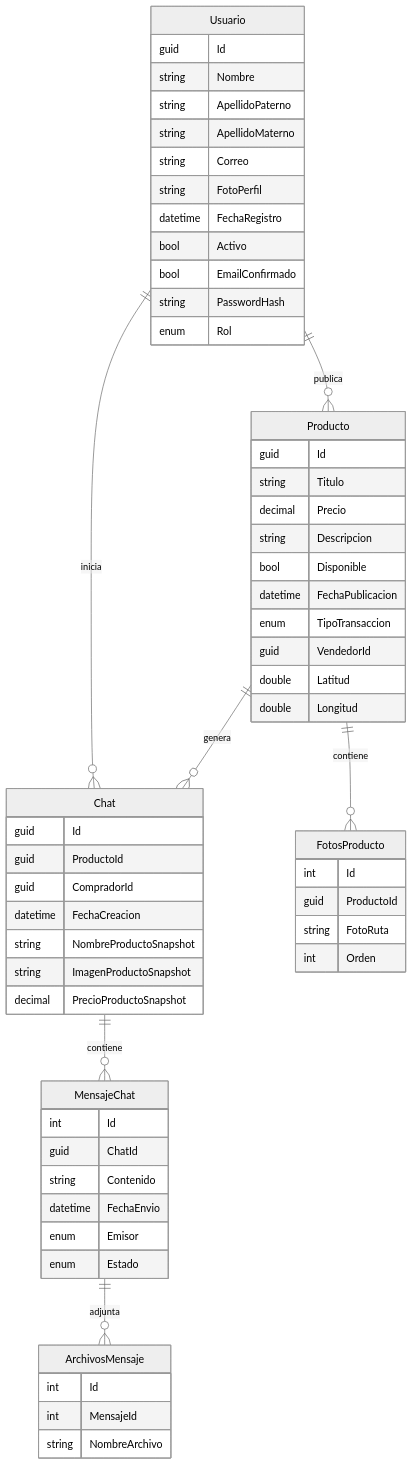
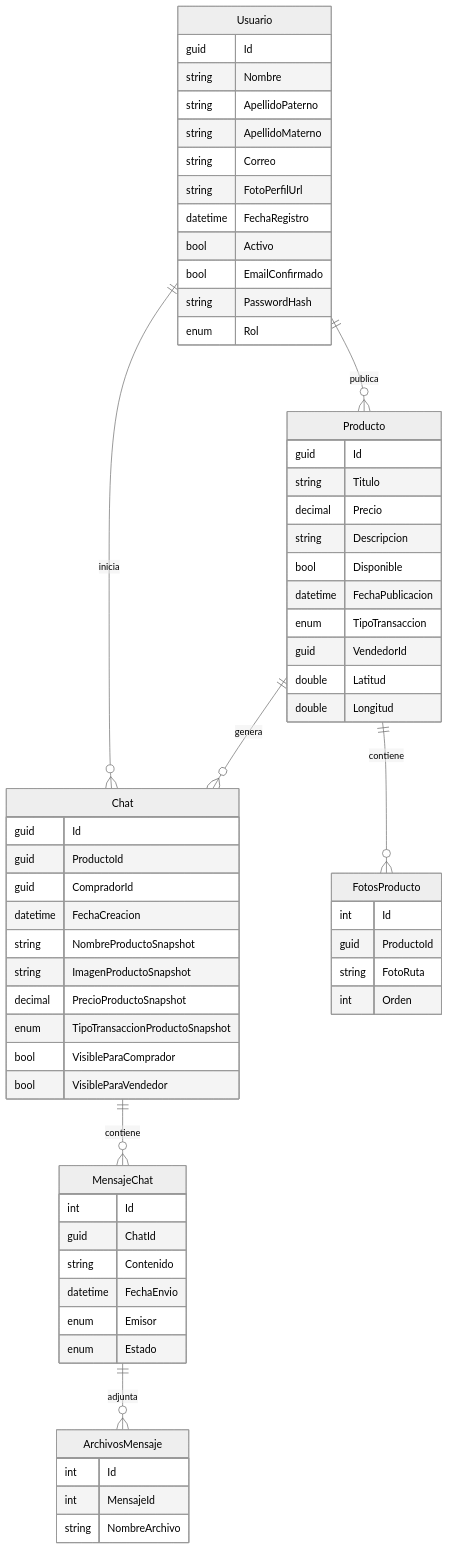
Before and after one commit to SounderBloom/api-tienda-web-odi: the diagram in README.md, drawn with Mermaid (neutral theme). The commit also changed 12 other files, not shown here.

````diff
--- a/README.md
+++ b/README.md
@@ -20,69 +20,72 @@
 ```mermaid
 erDiagram
 
     Usuario ||--o{ Producto : publica
     Usuario ||--o{ Chat : inicia
     Producto ||--o{ FotosProducto : contiene
     Producto ||--o{ Chat : genera
     Chat ||--o{ MensajeChat : contiene
     MensajeChat ||--o{ ArchivosMensaje : adjunta
 
     Usuario {
         guid Id
         string Nombre
         string ApellidoPaterno
         string ApellidoMaterno
         string Correo
-        string FotoPerfil
+        string FotoPerfilUrl
         datetime FechaRegistro
         bool Activo
         bool EmailConfirmado
         string PasswordHash
         enum Rol
     }
 
     Producto {
         guid Id
         string Titulo
         decimal Precio
         string Descripcion
         bool Disponible
         datetime FechaPublicacion
         enum TipoTransaccion
         guid VendedorId
         double Latitud
         double Longitud
     }
 
     FotosProducto {
         int Id
         guid ProductoId
         string FotoRuta
         int Orden
     }
 
     Chat {
         guid Id
         guid ProductoId
         guid CompradorId
         datetime FechaCreacion
         string NombreProductoSnapshot
         string ImagenProductoSnapshot
         decimal PrecioProductoSnapshot
+        enum TipoTransaccionProductoSnapshot
+        bool VisibleParaComprador
+        bool VisibleParaVendedor
     }
 
     MensajeChat {
         int Id
         guid ChatId
         string Contenido
         datetime FechaEnvio
         enum Emisor
         enum Estado
     }
 
     ArchivosMensaje {
         int Id
         int MensajeId
         string NombreArchivo
     }
 ```
````
